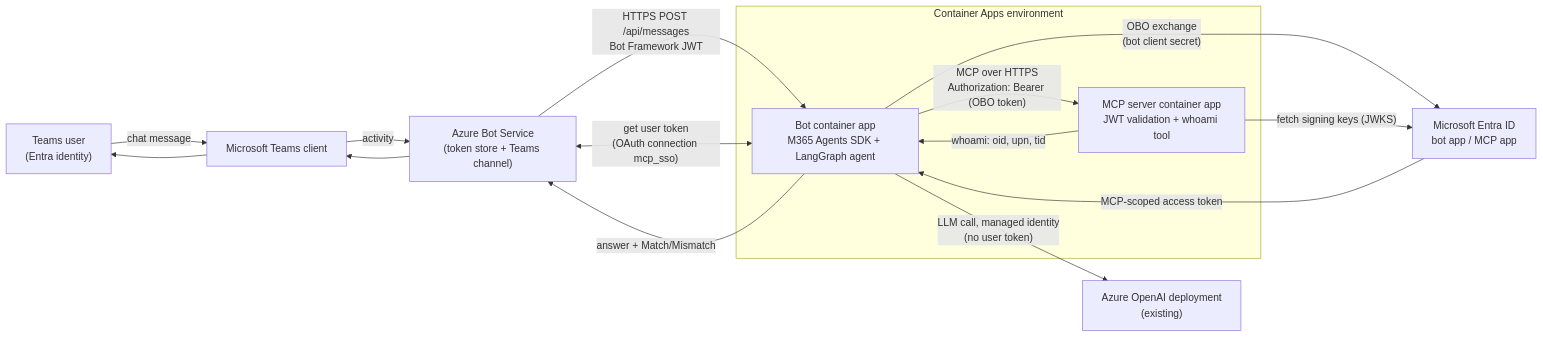
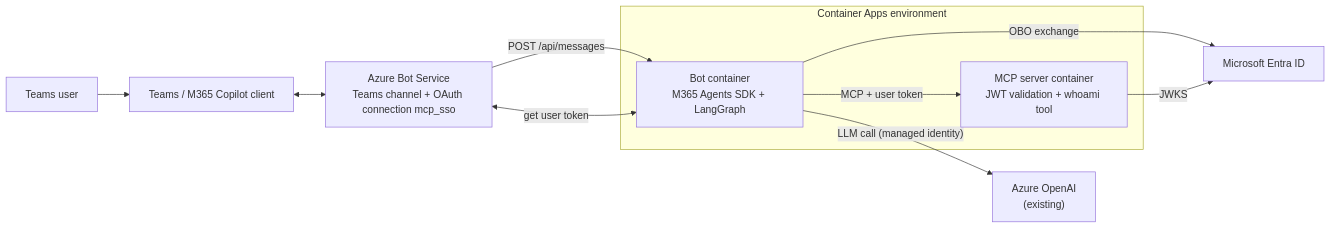
The first of 2 diagrams in docs/ARCHITECTURE.md (frsl92/azurebotservice-obo), drawn with Mermaid before and after one commit. The commit also changed other lines of this file and 3 other files, not shown here.

Commit message:
Docs: restructure architecture (app registrations, Bot Service, bot OBO), refresh README and deploy guide

````diff
--- a/docs/ARCHITECTURE.md
+++ b/docs/ARCHITECTURE.md
@@ -51,22 +14,17 @@
 ```mermaid
 flowchart LR
-    U["Teams user<br/>(Entra identity)"] -->|"chat message"| T["Microsoft Teams client"]
-    T -->|"activity"| ABS["Azure Bot Service<br/>(token store + Teams channel)"]
-    ABS -->|"HTTPS POST /api/messages<br/>Bot Framework JWT"| BOT
+    U["Teams user"] --> T["Teams / M365 Copilot client"]
+    T <--> ABS["Azure Bot Service<br/>Teams channel + OAuth connection mcp_sso"]
+    ABS -->|"POST /api/messages"| BOT
 
     subgraph CAE["Container Apps environment"]
-        BOT["Bot container app<br/>M365 Agents SDK + LangGraph agent"]
-        MCP["MCP server container app<br/>JWT validation + whoami tool"]
+        BOT["Bot container<br/>M365 Agents SDK + LangGraph"]
+        MCP["MCP server container<br/>JWT validation + whoami tool"]
     end
 
-    BOT <-->|"get user token<br/>(OAuth connection mcp_sso)"| ABS
-    BOT -->|"OBO exchange<br/>(bot client secret)"| ENTRA["Microsoft Entra ID<br/>bot app / MCP app"]
-    ENTRA -->|"MCP-scoped access token"| BOT
-    BOT -->|"MCP over HTTPS<br/>Authorization: Bearer (OBO token)"| MCP
-    MCP -->|"fetch signing keys (JWKS)"| ENTRA
-    MCP -->|"whoami: oid, upn, tid"| BOT
-    BOT -->|"LLM call, managed identity<br/>(no user token)"| AOAI["Azure OpenAI deployment<br/>(existing)"]
-    BOT -->|"answer + Match/Mismatch"| ABS
-    ABS --> T
-    T --> U
+    BOT <-->|"get user token"| ABS
+    BOT -->|"OBO exchange"| ENTRA["Microsoft Entra ID"]
+    BOT -->|"MCP + user token"| MCP
+    MCP -->|"JWKS"| ENTRA
+    BOT -->|"LLM call (managed identity)"| AOAI["Azure OpenAI<br/>(existing)"]
 ```
````
